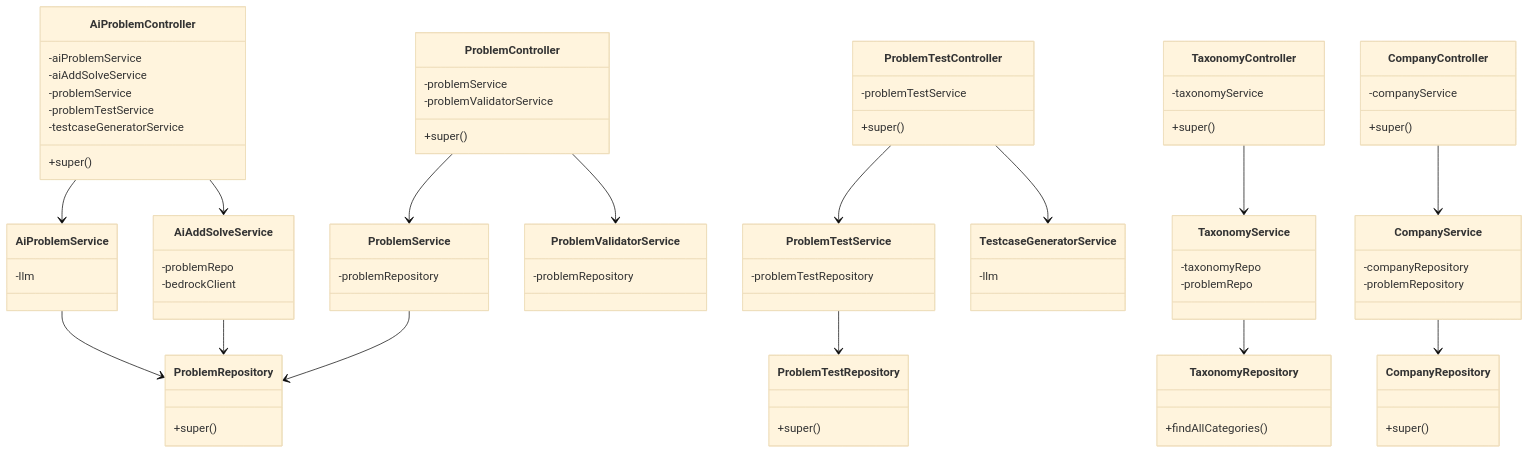
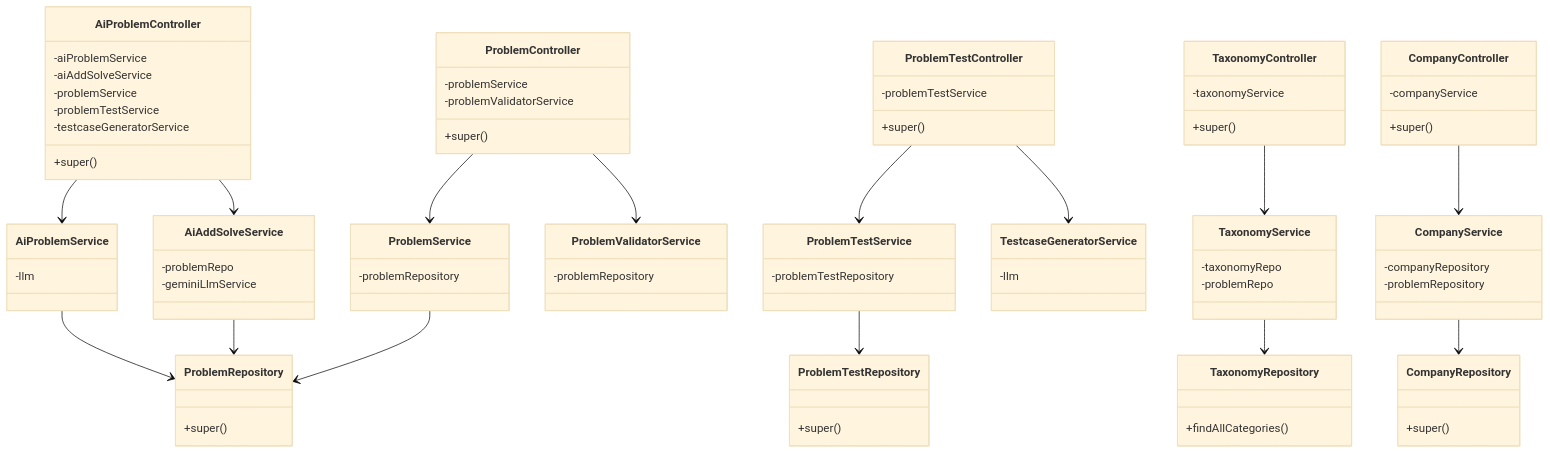
One commit to phero20/coding_arena changed the first of 7 diagrams in class_diagram.md. Above: the diagram before and after it, drawn with Mermaid (base theme). The commit also changed other lines of this file and 28 other files, not shown here.

```diff
--- a/class_diagram.md
+++ b/class_diagram.md
@@ -29,7 +29,7 @@
     }
     class AiAddSolveService {
         -problemRepo
-        -bedrockClient
+        -geminiLlmService
     }
     class AiProblemService {
         -llm
```
